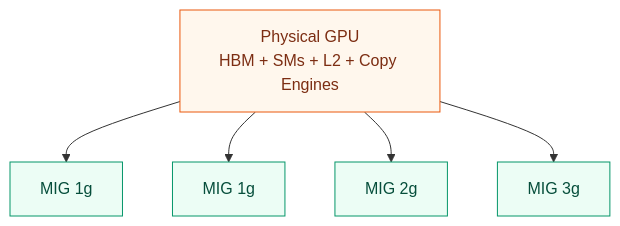
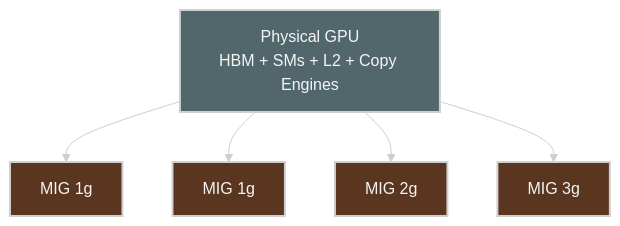
One commit to ziwon/ai-data-center-network changed the ninth of 11 diagrams in ai-system-performance-engineering/chap03/README.md. Above: the diagram before and after it, drawn with Mermaid. The commit also changed other lines of this file and 35 other files, not shown here.

Commit message:
docs(mermaid): apply dark diagram style

````diff
--- a/ai-system-performance-engineering/chap03/README.md
+++ b/ai-system-performance-engineering/chap03/README.md
@@ -780,12 +788,13 @@
 ```mermaid
+%%{init: {"theme": "base", "themeVariables": {"background": "#171717", "primaryColor": "#232323", "primaryTextColor": "#f5f5f5", "primaryBorderColor": "#d0d0d0", "lineColor": "#cfcfcf", "fontFamily": "Inter, Arial, sans-serif"}}}%%
 flowchart TB
-    classDef gpu fill:#fff7ed,stroke:#ea580c,color:#7c2d12
-    classDef mig fill:#ecfdf5,stroke:#059669,color:#064e3b
+    classDef gpu fill:#52676b,stroke:#d0d0d0,color:#f5f5f5,stroke-width:2px;
+    classDef mig fill:#5a3520,stroke:#d0d0d0,color:#f5f5f5,stroke-width:2px;
 
     GPU[Physical GPU<br/>HBM + SMs + L2 + Copy Engines]:::gpu
 
     GPU --> M1[MIG 1g]:::mig
     GPU --> M2[MIG 1g]:::mig
     GPU --> M3[MIG 2g]:::mig
     GPU --> M4[MIG 3g]:::mig
 ```
````
